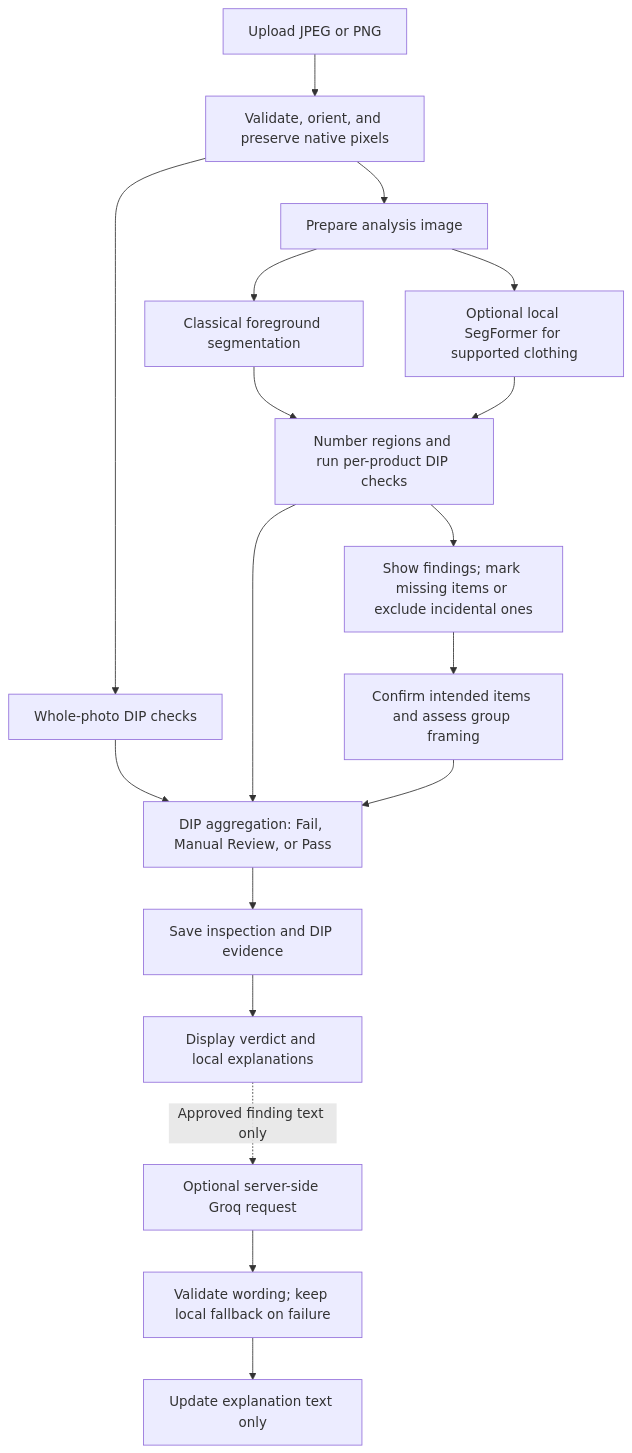
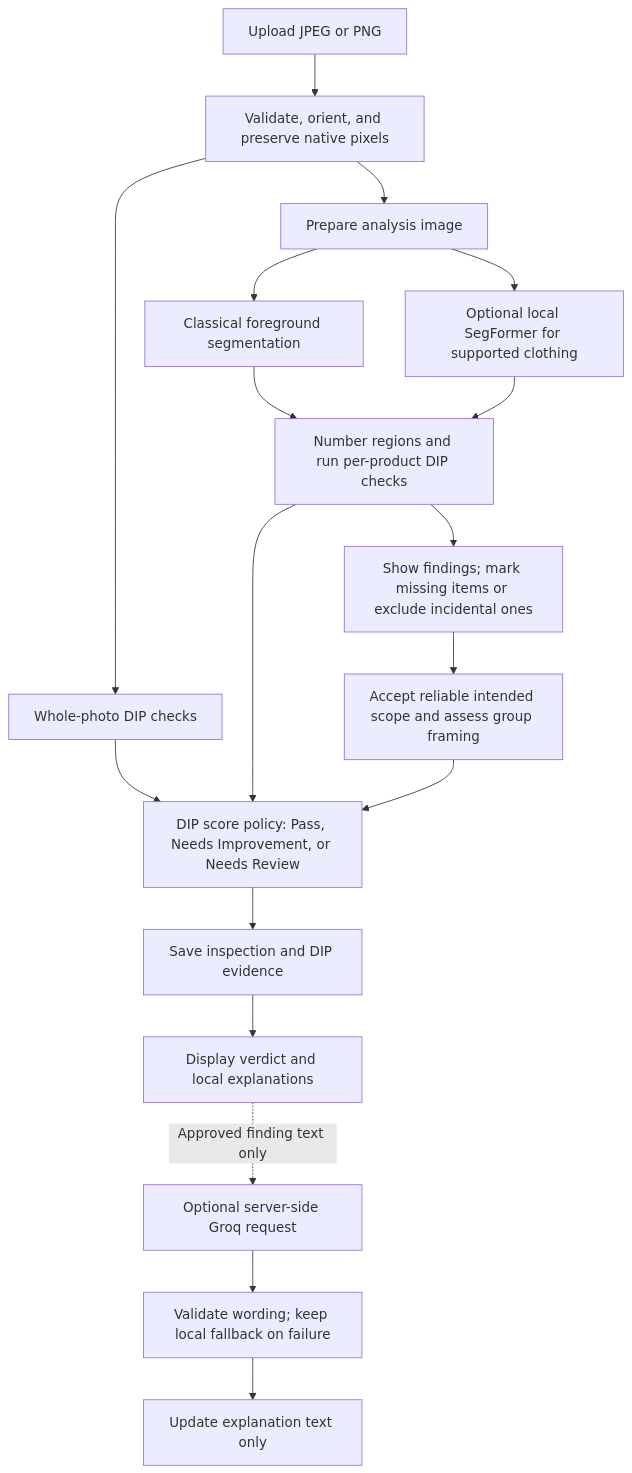
The diagram in README.md (pratapVansh/Framecheck), drawn with Mermaid before and after one commit. The commit also changed other lines of this file and 23 other files, not shown here.

````diff
--- a/README.md
+++ b/README.md
@@ -24,20 +26,20 @@
 ```mermaid
 flowchart TD
     A[Upload JPEG or PNG] --> B[Validate, orient, and preserve native pixels]
     B --> C[Whole-photo DIP checks]
     B --> D[Prepare analysis image]
     D --> E[Classical foreground segmentation]
     D --> F[Optional local SegFormer for supported clothing]
     E --> G[Number regions and run per-product DIP checks]
     F --> G
     G --> H[Show findings; mark missing items or exclude incidental ones]
-    H --> I[Confirm intended items and assess group framing]
-    C --> J[DIP aggregation: Fail, Manual Review, or Pass]
+    H --> I[Accept reliable intended scope and assess group framing]
+    C --> J[DIP score policy: Pass, Needs Improvement, or Needs Review]
     G --> J
     I --> J
     J --> K[Save inspection and DIP evidence]
     K --> R[Display verdict and local explanations]
     R -. Approved finding text only .-> L[Optional server-side Groq request]
     L --> M[Validate wording; keep local fallback on failure]
     M --> N[Update explanation text only]
 ```
````
